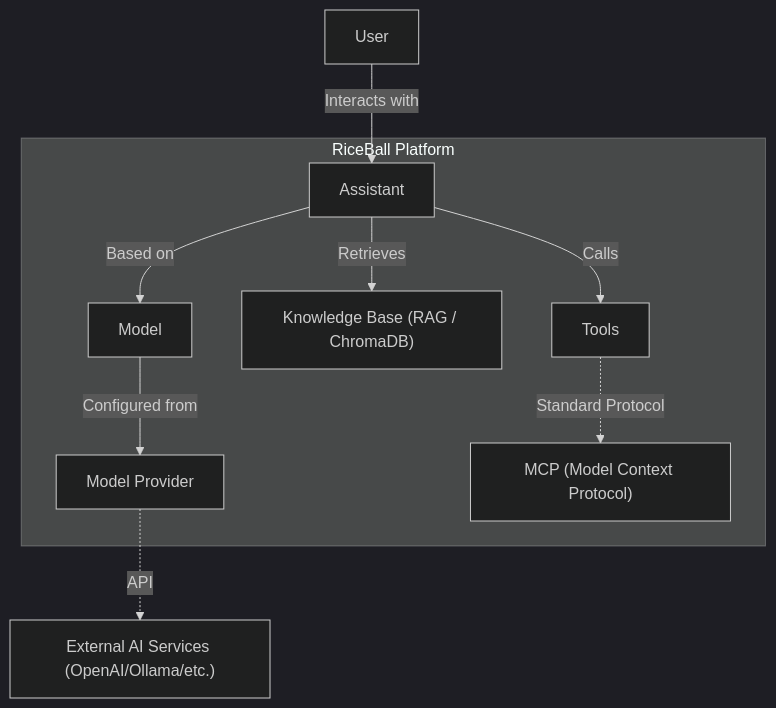
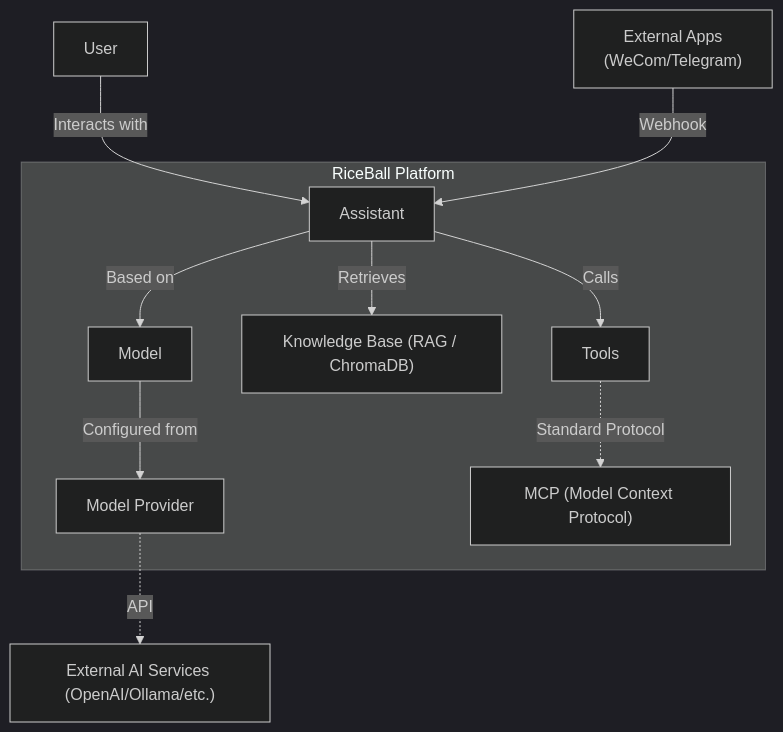
Before and after one commit to riceball-ai/riceball: the diagram in docs/guide/architecture.md, drawn with Mermaid (dark theme). The commit also changed other lines of this file and 26 other files, not shown here.

First line of the commit message:
feat: Implement channel management features with Telegram and WeCom integration

````diff
--- a/docs/guide/architecture.md
+++ b/docs/guide/architecture.md
@@ -9,15 +9,16 @@
 ```mermaid
 graph TD
     User["User"] -->|Interacts with| Assistant["Assistant"]
     
     subgraph "RiceBall Platform"
         Assistant -->|Based on| Model["Model"]
         Assistant -->|Retrieves| RAG["Knowledge Base (RAG / ChromaDB)"]
         Assistant -->|Calls| Tools["Tools"]
         
         Model -->|Configured from| Provider["Model Provider"]
         Tools -.->|Standard Protocol| MCP["MCP (Model Context Protocol)"]
     end
     
-    Provider -.->|API| External["External AI Services (OpenAI/Ollama/etc.)"]
+    ExternalApps["External Apps<br/>(WeCom/Telegram)"] -->|Webhook| Assistant
+    Provider -.->|API| ExternalServices["External AI Services (OpenAI/Ollama/etc.)"]
 ```
````
